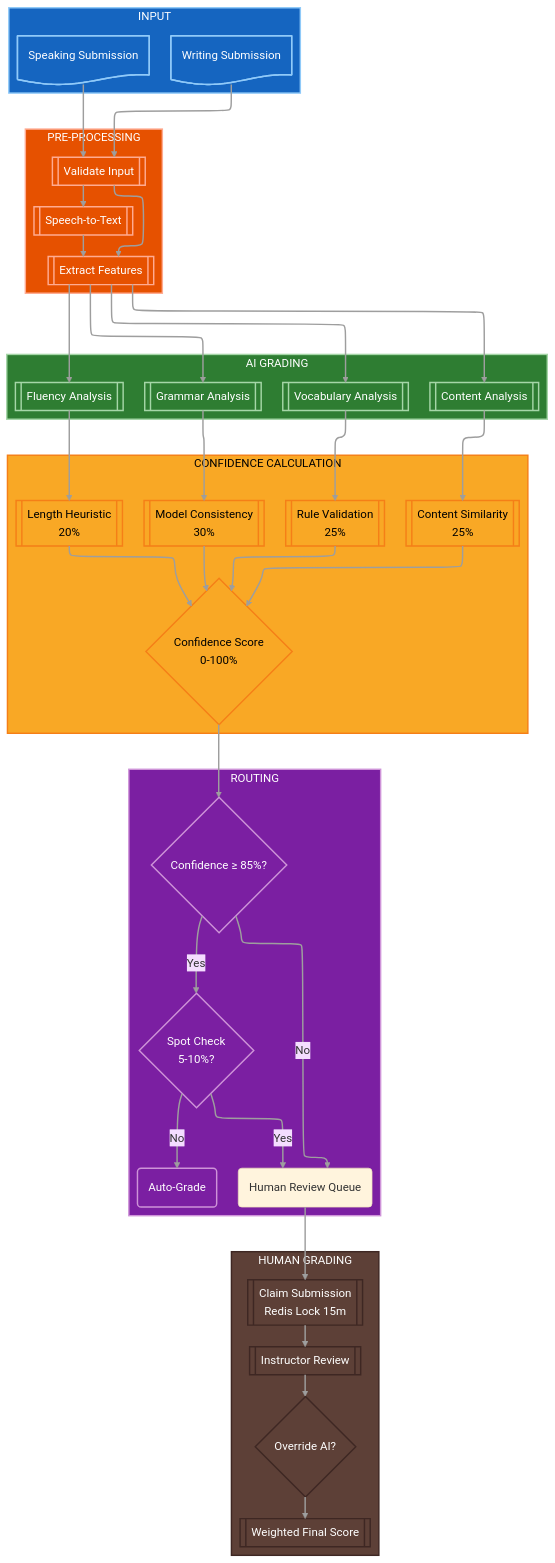
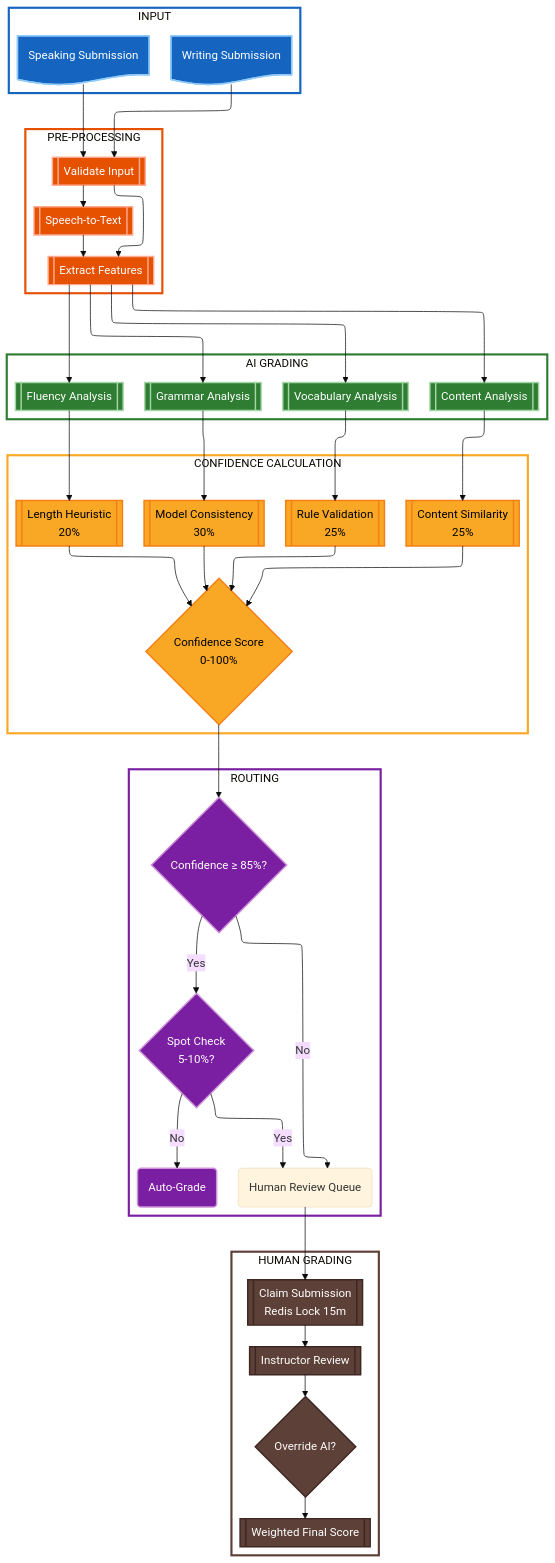
Before and after one commit to nghyane/VSTEP: the eighth of 12 diagrams in docs/capstone/diagrams/flow-diagrams.vi.md, drawn with Mermaid (base theme). The commit also changed other lines of this file, not shown here.

First line of the commit message:
fix(docs): remove unsupported linkStyle syntax causing parse errors

````diff
--- a/docs/capstone/diagrams/flow-diagrams.vi.md
+++ b/docs/capstone/diagrams/flow-diagrams.vi.md
@@ -486,12 +533,25 @@
     classDef route fill:#7b1fa2,stroke:#ce93d8,stroke-width:2px,color:#fff
     classDef human fill:#5d4037,stroke:#3e2723,stroke-width:2px,color:#fff
 
-    class Input,Writing,Speaking input
-    class Preprocess,Validate,Transcribe,Extract process
-    class AIGrading,Grammar,Vocab,Content,Fluency ai
-    class Confidence,ModelCons,RuleVal,ContentSim,LengthHeur,Score conf
-    class Routing,Threshold,SpotCheck,Auto route
-    class HumanGrading,Claim,Review,Override,Weighted human
+    classDef inputBox fill:none,stroke:#1565c0,stroke-width:3px
+    classDef processBox fill:none,stroke:#e65100,stroke-width:3px
+    classDef aiBox fill:none,stroke:#2e7d32,stroke-width:3px
+    classDef confBox fill:none,stroke:#f9a825,stroke-width:3px
+    classDef routeBox fill:none,stroke:#7b1fa2,stroke-width:3px
+    classDef humanBox fill:none,stroke:#5d4037,stroke-width:3px
 
-    linkStyle default stroke:#9e9e9e,stroke-width:2px
+    class Input inputBox
+    class Preprocess processBox
+    class AIGrading aiBox
+    class Confidence confBox
+    class Routing routeBox
+    class HumanGrading humanBox
+
+    class Writing,Speaking input
+    class Validate,Transcribe,Extract process
+    class Grammar,Vocab,Content,Fluency ai
+    class ModelCons,RuleVal,ContentSim,LengthHeur,Score conf
+    class Threshold,SpotCheck,Auto route
+    class Claim,Review,Override,Weighted human
+
 ```
````
